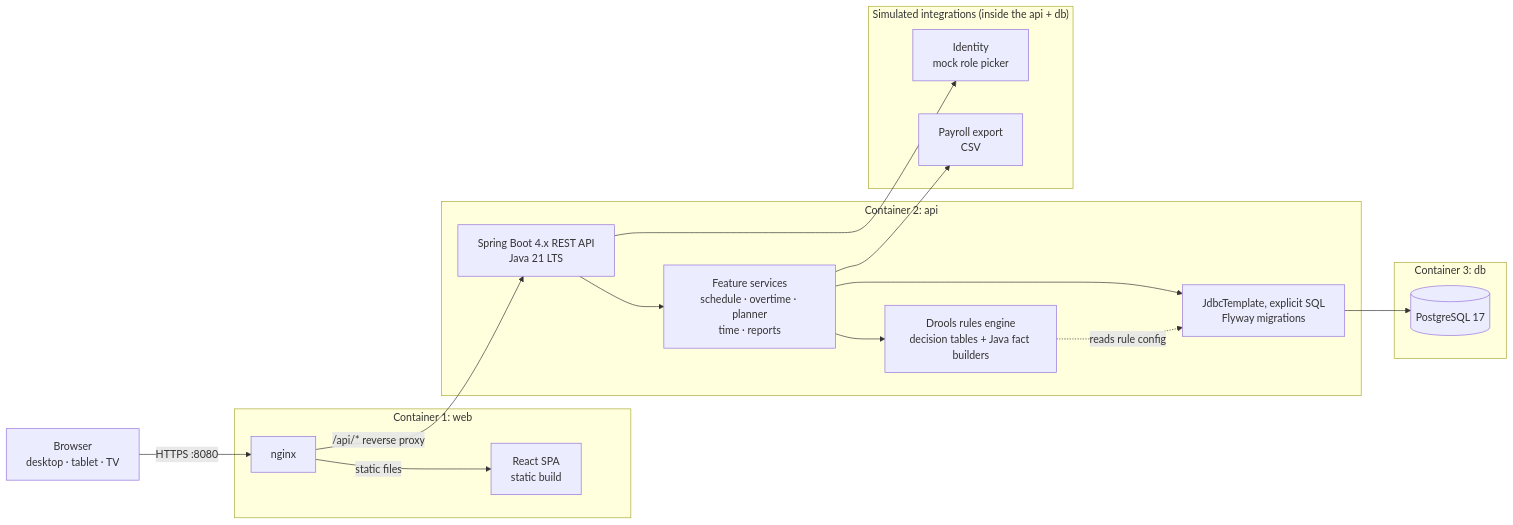
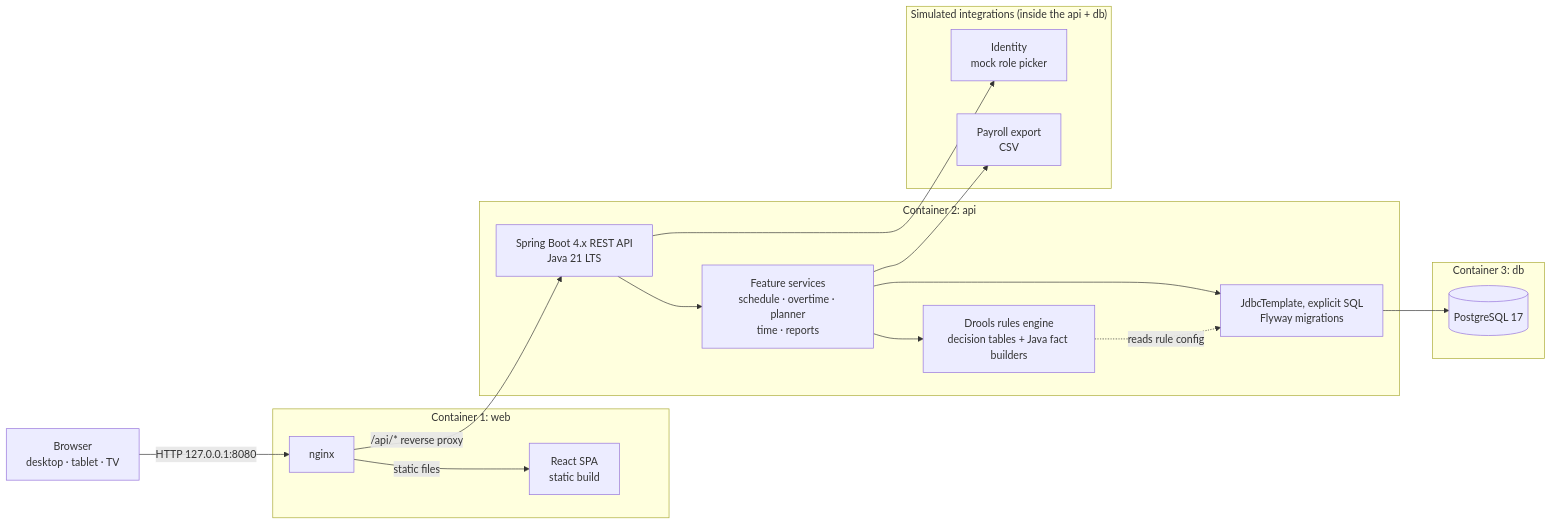
The first of 3 diagrams in docs/03-architecture.md (dmhdev01-cell/ShiftCircle), drawn with Mermaid before and after one commit. The commit also changed 1 other file, not shown here.

Commit message:
SC: PR-F findings: Playwright EXPECT_COMMIT, seed time, HTTP in diagram

````diff
--- a/docs/03-architecture.md
+++ b/docs/03-architecture.md
@@ -9,34 +9,34 @@
 ```mermaid
 flowchart LR
     U[Browser<br/>desktop · tablet · TV]
 
     subgraph C1["Container 1: web"]
         NG[nginx]
         SPA[React SPA<br/>static build]
     end
 
     subgraph C2["Container 2: api"]
         API[Spring Boot 4.x REST API<br/>Java 21 LTS]
         RE[Drools rules engine<br/>decision tables + Java fact builders]
         SVC[Feature services<br/>schedule · overtime · planner<br/>time · reports]
         EF[JdbcTemplate, explicit SQL<br/>Flyway migrations]
     end
 
     subgraph C3["Container 3: db"]
         PG[(PostgreSQL 17)]
     end
 
-    U -->|HTTPS :8080| NG
+    U -->|HTTP 127.0.0.1:8080| NG
     NG -->|static files| SPA
     NG -->|/api/* reverse proxy| API
     API --> SVC --> RE
     SVC --> EF --> PG
     RE -. reads rule config .-> EF
 
     subgraph SIM["Simulated integrations (inside the api + db)"]
         PAY[Payroll export<br/>CSV]
         IDP[Identity<br/>mock role picker]
     end
     SVC --> PAY
     API --> IDP
 ```
````
